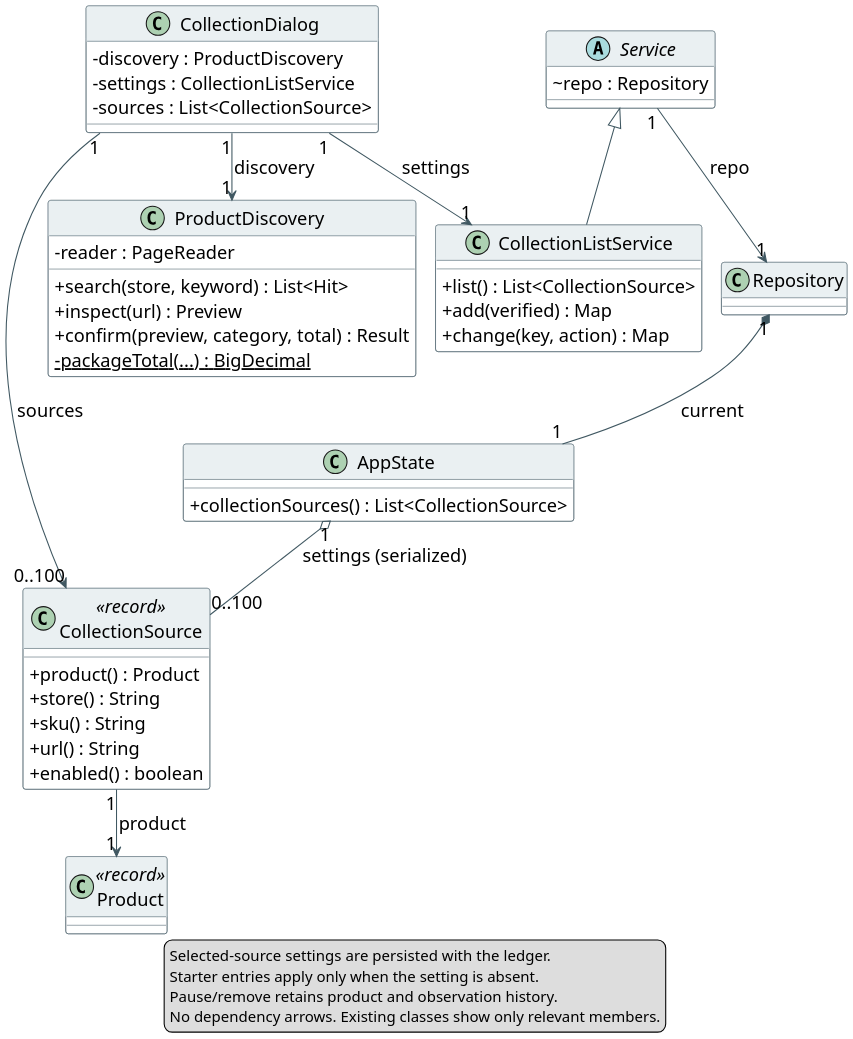
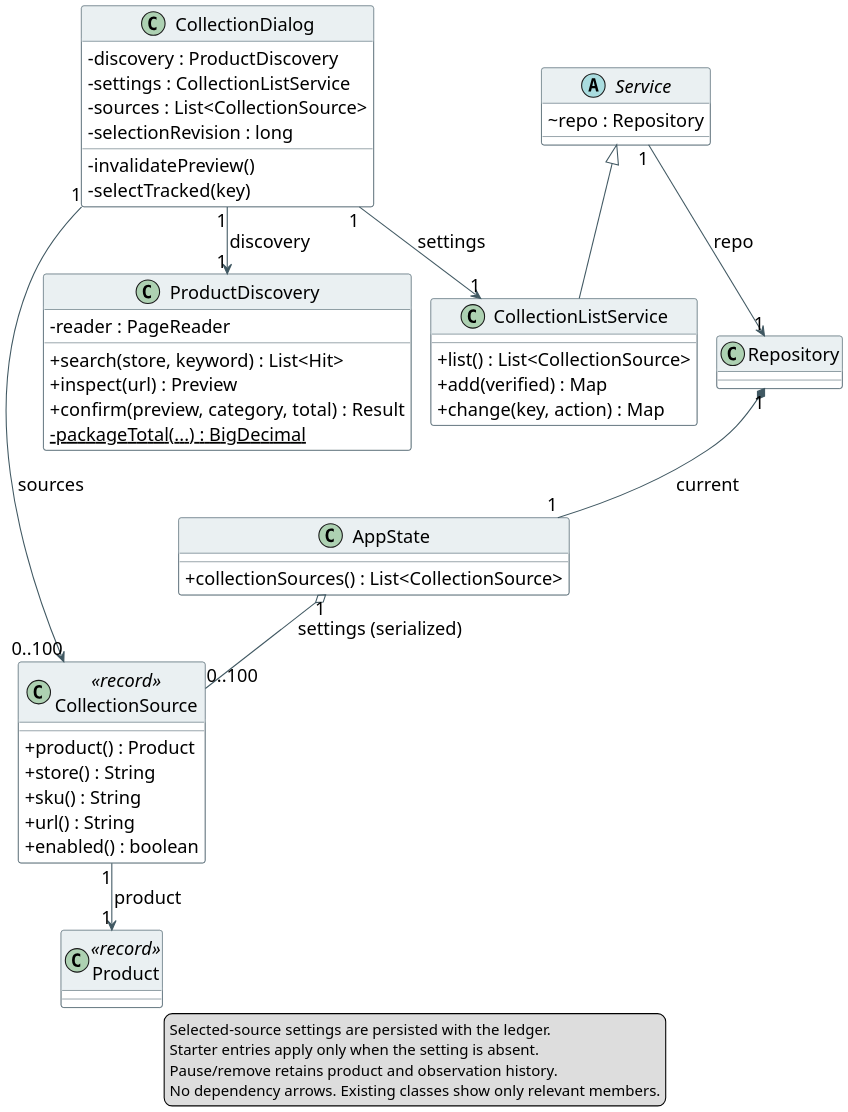
One commit to hyeonsu-test/smart-grocery-ledger changed the diagram in doc/class-collection.puml. Above: the diagram before and after it, drawn with PlantUML. The commit also changed 34 other files, not shown here.

Commit message:
Fix stale product previews and unsaved-goal alerts in first-use flow

```diff
--- a/doc/class-collection.puml
+++ b/doc/class-collection.puml
@@ -1,60 +1,63 @@
 @startuml
 !pragma layout smetana
 skinparam dpi 180
 skinparam shadowing false
 skinparam classAttributeIconSize 0
 skinparam defaultFontName Arial
 skinparam defaultFontSize 17
 skinparam classBackgroundColor #FFFFFF
 skinparam classBorderColor #405862
 skinparam classHeaderBackgroundColor #EAF0F2
 skinparam ArrowColor #405862
 skinparam nodesep 35
 skinparam ranksep 45
 class CollectionDialog {
   - discovery : ProductDiscovery
   - settings : CollectionListService
   - sources : List<CollectionSource>
+  - selectionRevision : long
+  - invalidatePreview()
+  - selectTracked(key)
 }
 class ProductDiscovery {
   - reader : PageReader
   + search(store, keyword) : List<Hit>
   + inspect(url) : Preview
   + confirm(preview, category, total) : Result
   - {static} packageTotal(...) : BigDecimal
 }
 class CollectionListService {
   + list() : List<CollectionSource>
   + add(verified) : Map
   + change(key, action) : Map
 }
 abstract class Service {
   ~ repo : Repository
 }
 class Repository
 class AppState {
   + collectionSources() : List<CollectionSource>
 }
 class CollectionSource <<record>> {
   + product() : Product
   + store() : String
   + sku() : String
   + url() : String
   + enabled() : boolean
 }
 class Product <<record>>
 CollectionDialog "1" --> "1" ProductDiscovery : discovery
 CollectionDialog "1" --> "1" CollectionListService : settings
 CollectionDialog "1" --> "0..100" CollectionSource : sources
 Service <|-- CollectionListService
 Service "1" --> "1" Repository : repo
 Repository "1" *-- "1" AppState : current
 AppState "1" o-- "0..100" CollectionSource : settings (serialized)
 CollectionSource "1" --> "1" Product : product
 legend bottom
   Selected-source settings are persisted with the ledger.
   Starter entries apply only when the setting is absent.
   Pause/remove retains product and observation history.
   No dependency arrows. Existing classes show only relevant members.
 endlegend
 @enduml
```
